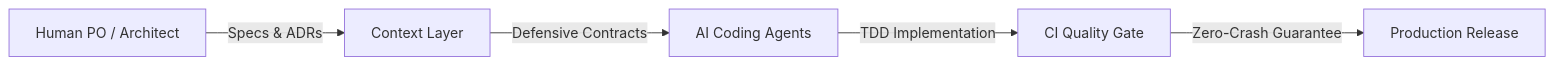
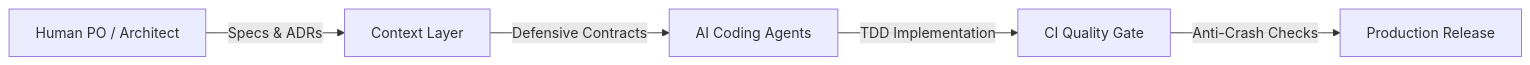
The diagram in templates/pitch-deck/marp-presentation.md (Dokhacgiakhoa/Project-Builder-4-Agents), drawn with Mermaid before and after one commit. The commit also changed other lines of this file and 30 other files, not shown here.

````diff
--- a/templates/pitch-deck/marp-presentation.md
+++ b/templates/pitch-deck/marp-presentation.md
@@ -92,7 +94,7 @@
 ```mermaid
 graph LR
     A["Human PO / Architect"] -->|Specs & ADRs| B[Context Layer]
     B -->|Defensive Contracts| C[AI Coding Agents]
     C -->|TDD Implementation| D[CI Quality Gate]
-    D -->|Zero-Crash Guarantee| E[Production Release]
+    D -->|Anti-Crash Checks| E[Production Release]
 ```
````
